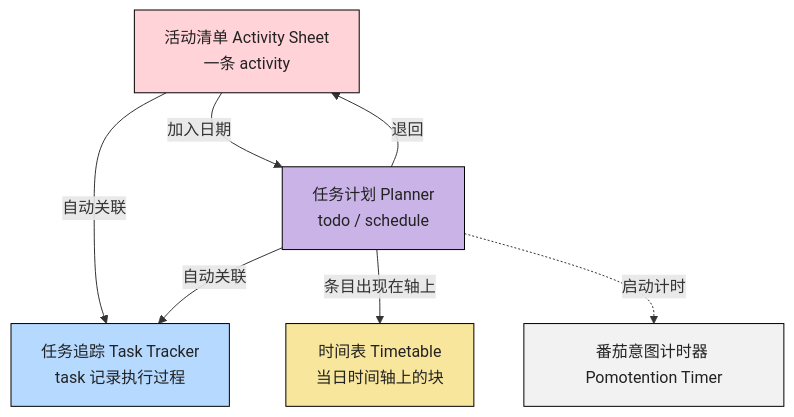
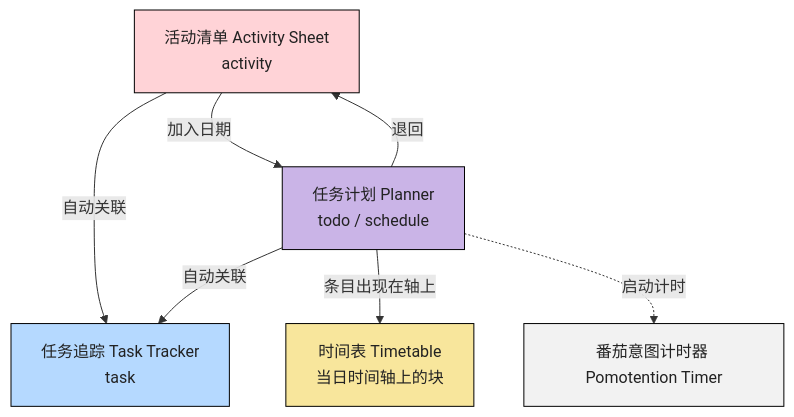
The diagram in docs/guide/reference/workflow.md (Xeonilian/pomotention), drawn with Mermaid before and after one commit. The commit also changed other lines of this file and 6 other files, not shown here.

````diff
--- a/docs/guide/reference/workflow.md
+++ b/docs/guide/reference/workflow.md
@@ -24,28 +24,28 @@
 ```mermaid
 flowchart TB
   classDef default line-height:1.65,color:#222,stroke:black,stroke-width:1px
   classDef red fill:#FFD3D7
   classDef blue fill:#B5D9FF
   classDef yellow fill:#F8E69C
   classDef purple fill:#CAB4E7
   classDef white fill:#f2f2f2
-  AS["活动清单 Activity Sheet<br/>一条 activity"]
+  AS["活动清单 Activity Sheet<br/>activity"]
   PL["任务计划 Planner<br/>todo / schedule"]
   TT["时间表 Timetable<br/>当日时间轴上的块"]
-  TK["任务追踪 Task Tracker<br/>task 记录执行过程"]
+  TK["任务追踪 Task Tracker<br/>task "]
   PM["番茄意图计时器 Pomotention Timer"]
 
   AS -->|"加入日期"| PL
   PL -->|"退回"| AS
   AS -->|"自动关联"| TK
   PL -->|"自动关联"| TK
   PL -->|"条目出现在轴上"| TT
   PL -.->|"启动计时"| PM
   class AS,PL,TT,TK,PM default
   class AS red
   class PL purple
   class TT yellow
   class TK blue
   class PM white
 
 ```
````
